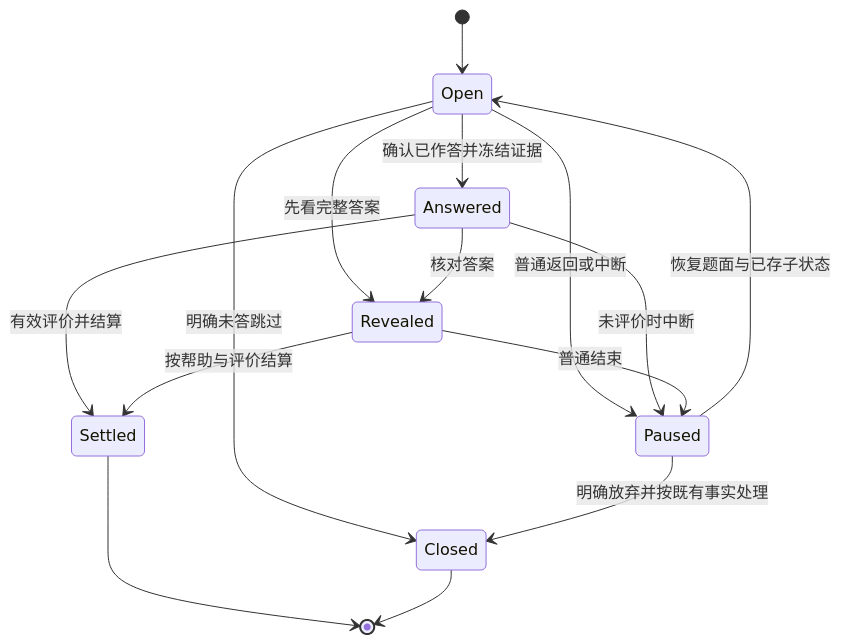
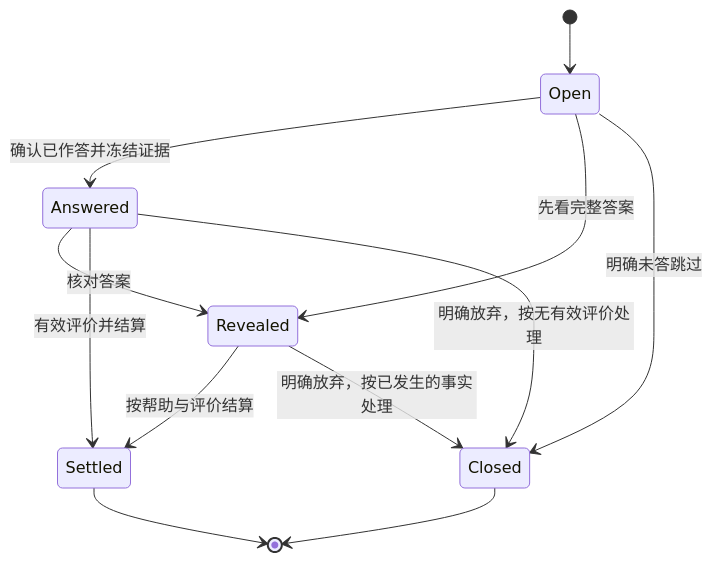
One commit to lihang1996/nce-speaking changed the second of 4 diagrams in docs/architecture/README.md. Above: the diagram before and after it, drawn with Mermaid. The commit also changed other lines of this file and 2 other files, not shown here.

First line of the commit message:
docs: revise architecture design to v1.1 after PRD review

````diff
--- a/docs/architecture/README.md
+++ b/docs/architecture/README.md
@@ -220,17 +226,14 @@
 ```mermaid
 stateDiagram-v2
     [*] --> Open
     Open --> Answered: 确认已作答并冻结证据
     Open --> Revealed: 先看完整答案
     Answered --> Revealed: 核对答案
-    Open --> Paused: 普通返回或中断
-    Answered --> Paused: 未评价时中断
-    Revealed --> Paused: 普通结束
-    Paused --> Open: 恢复题面与已存子状态
     Answered --> Settled: 有效评价并结算
     Revealed --> Settled: 按帮助与评价结算
     Open --> Closed: 明确未答跳过
-    Paused --> Closed: 明确放弃并按既有事实处理
+    Answered --> Closed: 明确放弃，按无有效评价处理
+    Revealed --> Closed: 明确放弃，按已发生的事实处理
     Settled --> [*]
     Closed --> [*]
 ```
````
